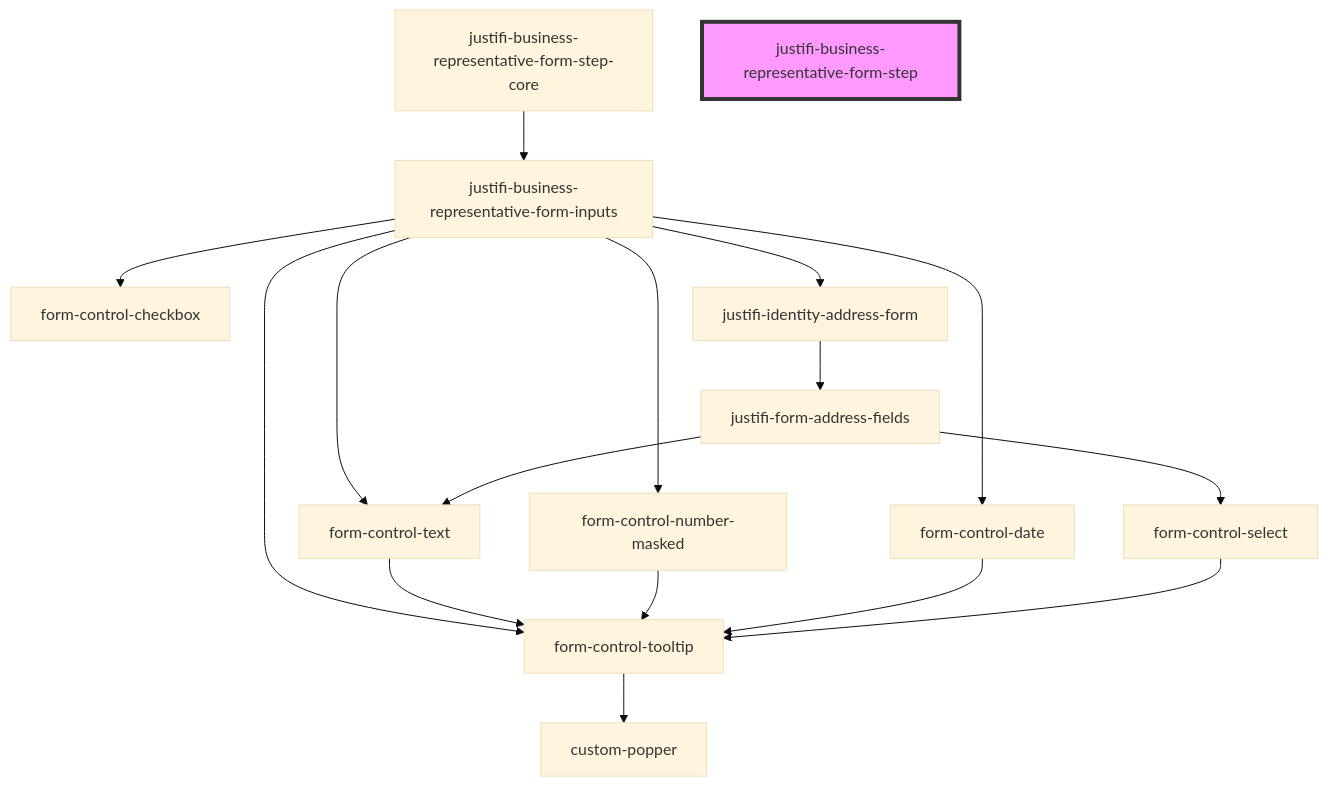
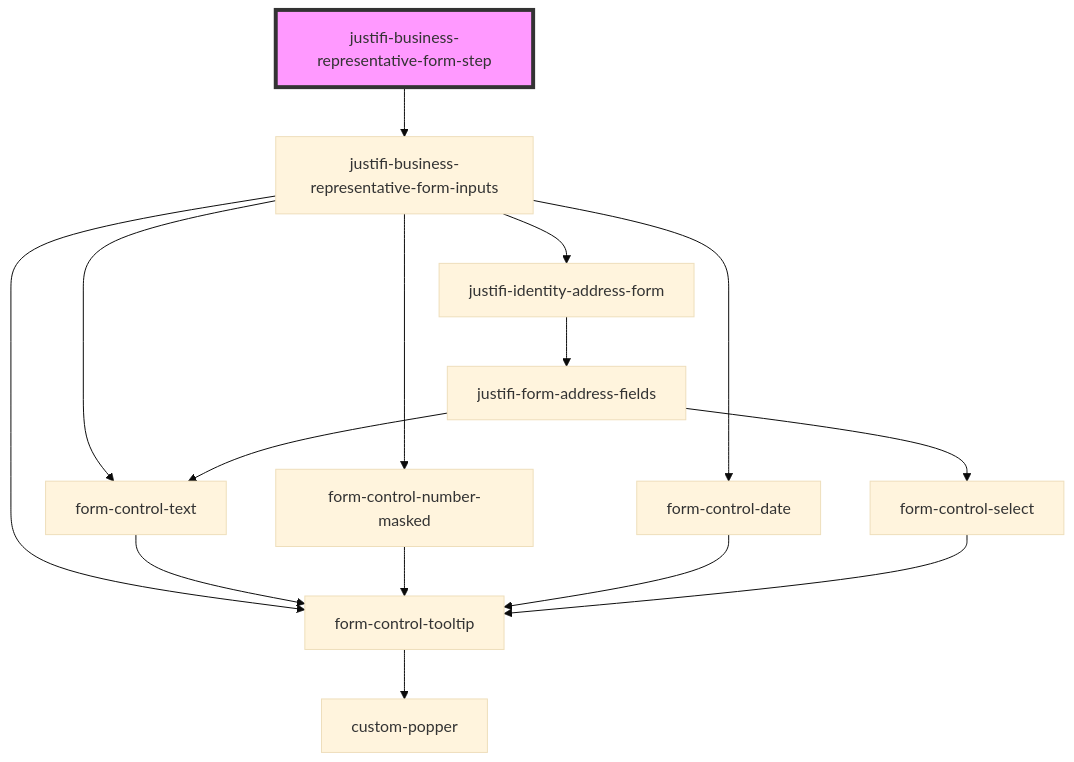
One commit to justifi-tech/web-component-library changed the diagram in packages/webcomponents/src/components/business-forms/payment-provisioning/business-representative/README.md. Above: the diagram before and after it, drawn with Mermaid (base theme). The commit also changed 3 other files, not shown here.

````diff
--- a/packages/webcomponents/src/components/business-forms/payment-provisioning/business-representative/README.md
+++ b/packages/webcomponents/src/components/business-forms/payment-provisioning/business-representative/README.md
@@ -53,19 +53,18 @@
 ```mermaid
 graph TD;
-  justifi-business-representative-form-step-core --> justifi-business-representative-form-inputs
+  justifi-business-representative-form-step --> justifi-business-representative-form-inputs
   justifi-business-representative-form-inputs --> form-control-tooltip
   justifi-business-representative-form-inputs --> form-control-text
-  justifi-business-representative-form-inputs --> form-control-checkbox
   justifi-business-representative-form-inputs --> form-control-number-masked
   justifi-business-representative-form-inputs --> form-control-date
   justifi-business-representative-form-inputs --> justifi-identity-address-form
   form-control-tooltip --> custom-popper
   form-control-text --> form-control-tooltip
   form-control-number-masked --> form-control-tooltip
   form-control-date --> form-control-tooltip
   justifi-identity-address-form --> justifi-form-address-fields
   justifi-form-address-fields --> form-control-text
   justifi-form-address-fields --> form-control-select
   form-control-select --> form-control-tooltip
   style justifi-business-representative-form-step fill:#f9f,stroke:#333,stroke-width:4px
 ```
````
